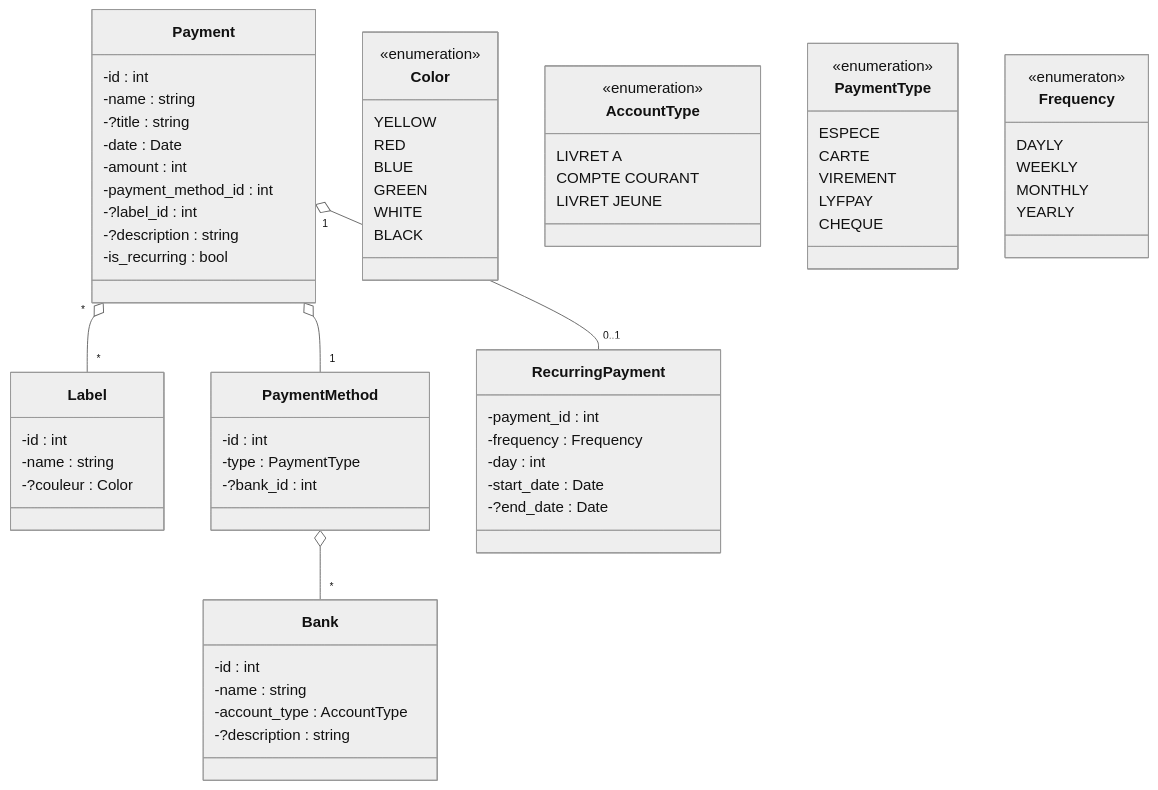
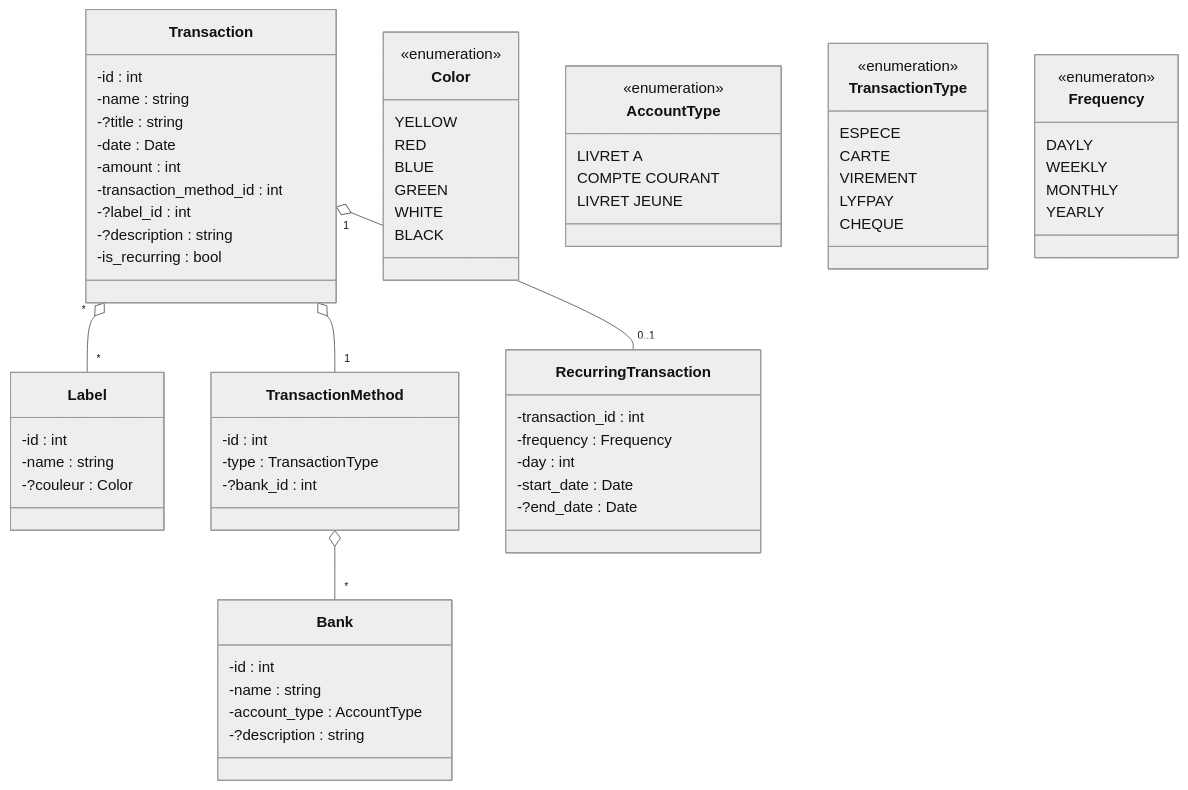
Before and after one commit to Actarus35/ActaBank: the diagram in backend/README.md, drawn with Mermaid (neutral theme). The commit also changed other lines of this file and 9 other files, not shown here.

````diff
--- a/backend/README.md
+++ b/backend/README.md
@@ -5,78 +5,78 @@
 ```mermaid
 classDiagram
-    Payment "*" o-- "*" Label
-    Payment o-- "1" PaymentMethod
-    PaymentMethod o-- "*" Bank
-    Payment "1" o-- "0..1" RecurringPayment
-    class Payment{
+    Transaction "*" o-- "*" Label
+    Transaction o-- "1" TransactionMethod
+    TransactionMethod o-- "*" Bank
+    Transaction "1" o-- "0..1" RecurringTransaction
+    class Transaction{
       -id : int
       -name : string
       -?title : string
       -date : Date
       -amount : int
-      -payment_method_id : int
+      -transaction_method_id : int
       -?label_id : int
       -?description : string
       -is_recurring : bool
     }
 
     class Label{
       -id : int
       -name : string
       -?couleur : Color
     }
-    class PaymentMethod{
+    class TransactionMethod{
       -id : int
-      -type : PaymentType
+      -type : TransactionType
       -?bank_id : int
     }
 
     class Bank{
         -id : int
         -name : string
         -account_type : AccountType
         -?description : string
     }
 
-    class RecurringPayment{
-        -payment_id : int
+    class RecurringTransaction{
+        -transaction_id : int
         -frequency : Frequency
         -day : int
         -start_date : Date
         -?end_date : Date
     }
 
     class Color{
         <<enumeration>>
         YELLOW
         RED
         BLUE
         GREEN
         WHITE
         BLACK
     }
 
     class AccountType{
         <<enumeration>>
         LIVRET A
         COMPTE COURANT
         LIVRET JEUNE
     }
 
-    class PaymentType{
+    class TransactionType{
         <<enumeration>>
         ESPECE
         CARTE
         VIREMENT
         LYFPAY
         CHEQUE
     }
 
     class Frequency{
         <<enumeraton>>
         DAYLY
         WEEKLY
         MONTHLY
         YEARLY
     }
 ```
````
